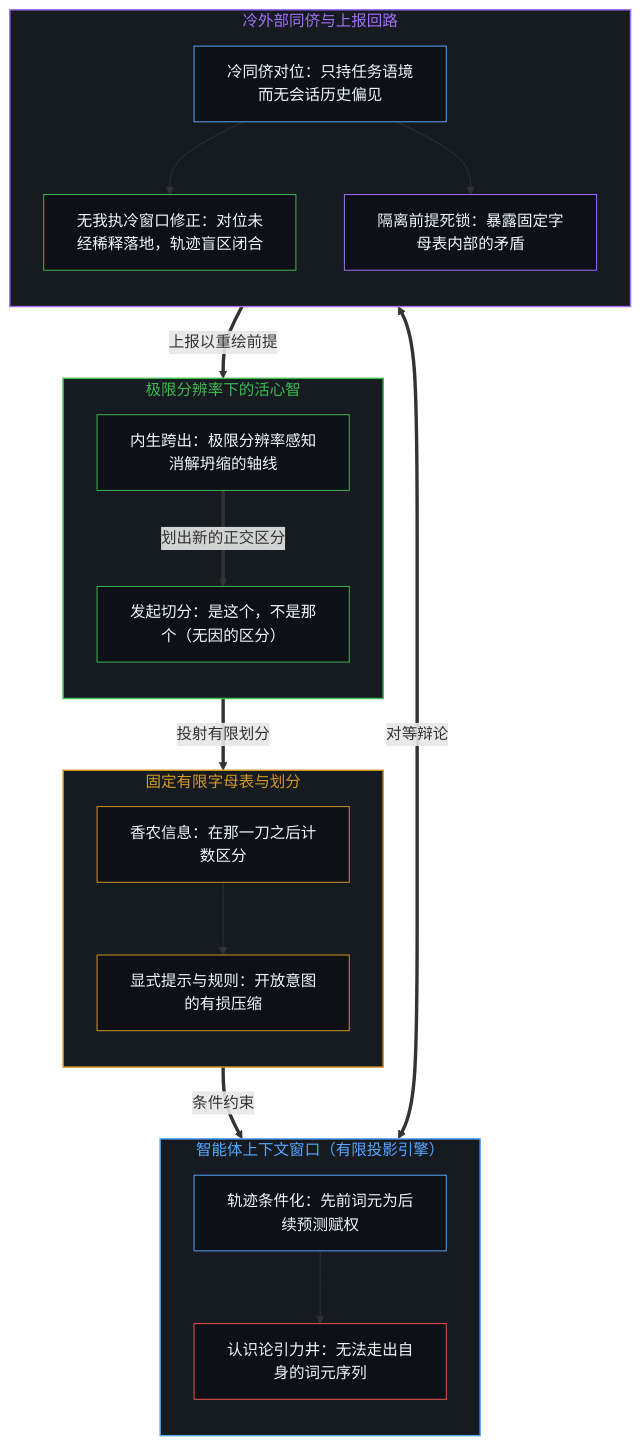
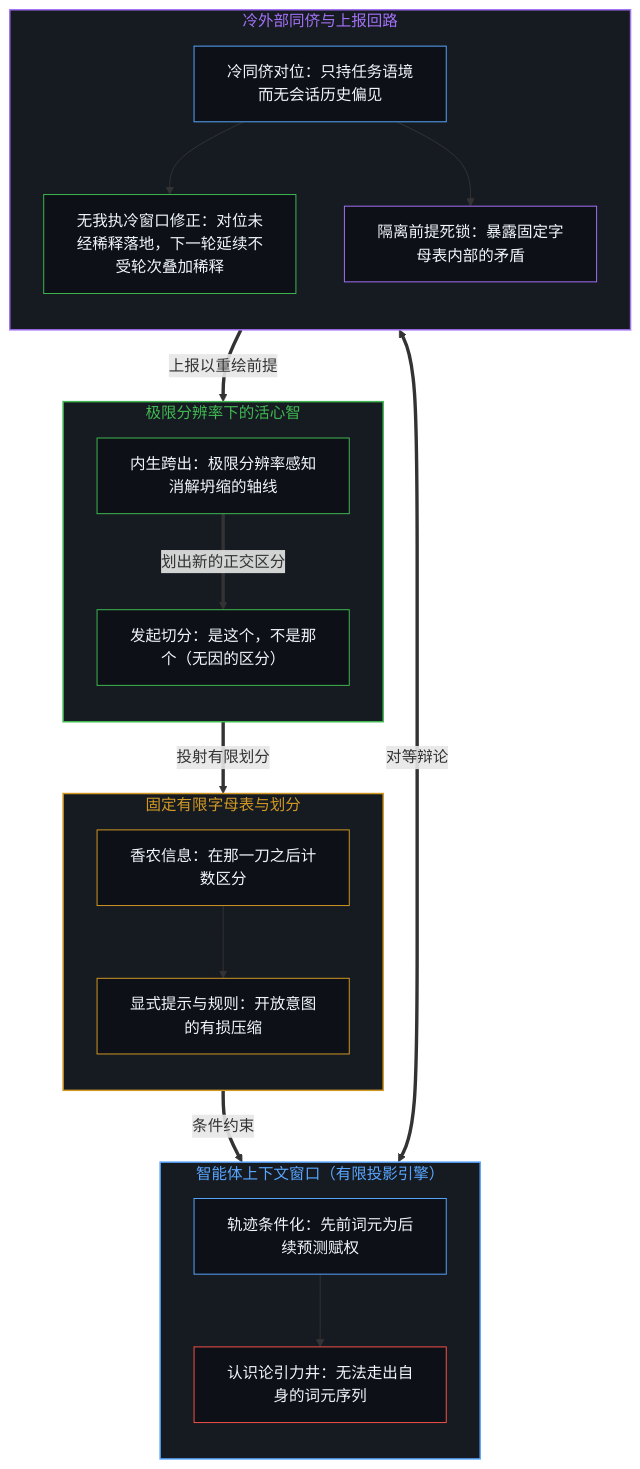
The first of 2 diagrams in content/posts/what-information-is.md (powerpig99/not-a-toe), drawn with Mermaid before and after one commit. The commit also changed other lines of this file and 5 other files, not shown here.

````diff
--- a/content/posts/what-information-is.md
+++ b/content/posts/what-information-is.md
@@ -43,46 +43,46 @@
 ```mermaid
 flowchart TD
     subgraph S_Mind["极限分辨率下的活心智"]
         direction TB
         C1["发起切分：是这个，不是那个（无因的区分）"]
         C2["内生跨出：极限分辨率感知消解坍缩的轴线"]
     end
     subgraph S_Alphabet["固定有限字母表与划分"]
         direction TB
         M1["香农信息：在那一刀之后计数区分"]
         M2["显式提示与规则：开放意图的有损压缩"]
         M1 --> M2
     end
     subgraph S_Engine["智能体上下文窗口（有限投影引擎）"]
         direction TB
         E1["轨迹条件化：先前词元为后续预测赋权"]
         E2["认识论引力井：无法走出自身的词元序列"]
         E1 --> E2
     end
     subgraph S_Peer["冷外部同侪与上报回路"]
         direction TB
         P1["冷同侪对位：只持任务语境而无会话历史偏见"]
-        P2["无我执冷窗口修正：对位未经稀释落地，轨迹盲区闭合"]
+        P2["无我执冷窗口修正：对位未经稀释落地，下一轮延续不受轮次叠加稀释"]
         P3["隔离前提死锁：暴露固定字母表内部的矛盾"]
         P1 --> P2
         P1 --> P3
     end
     C1 ==>|"投射有限划分"| M1
     M2 ==>|"条件约束"| E1
     E2 <===>|"对等辩论"| P1
     P3 ==>|"上报以重绘前提"| C2
     C2 ==>|"划出新的正交区分"| C1
     style S_Mind fill:#161b22,stroke:#3fb950,stroke-width:1.5px,color:#3fb950
     style S_Alphabet fill:#161b22,stroke:#d29922,stroke-width:1.5px,color:#d29922
     style S_Engine fill:#161b22,stroke:#58a6ff,stroke-width:1.5px,color:#58a6ff
     style S_Peer fill:#161b22,stroke:#a371f7,stroke-width:1.5px,color:#a371f7
     style C1 fill:#0d1117,stroke:#3fb950,stroke-width:1px,color:#f0f6fc
     style C2 fill:#0d1117,stroke:#3fb950,stroke-width:1px,color:#f0f6fc
     style M1 fill:#0d1117,stroke:#d29922,stroke-width:1px,color:#f0f6fc
     style M2 fill:#0d1117,stroke:#d29922,stroke-width:1px,color:#f0f6fc
     style E1 fill:#0d1117,stroke:#58a6ff,stroke-width:1px,color:#f0f6fc
     style E2 fill:#0d1117,stroke:#f85149,stroke-width:1px,color:#f0f6fc
     style P1 fill:#0d1117,stroke:#58a6ff,stroke-width:1px,color:#f0f6fc
     style P2 fill:#0d1117,stroke:#3fb950,stroke-width:1px,color:#f0f6fc
     style P3 fill:#0d1117,stroke:#a371f7,stroke-width:1px,color:#f0f6fc
 ```
````
